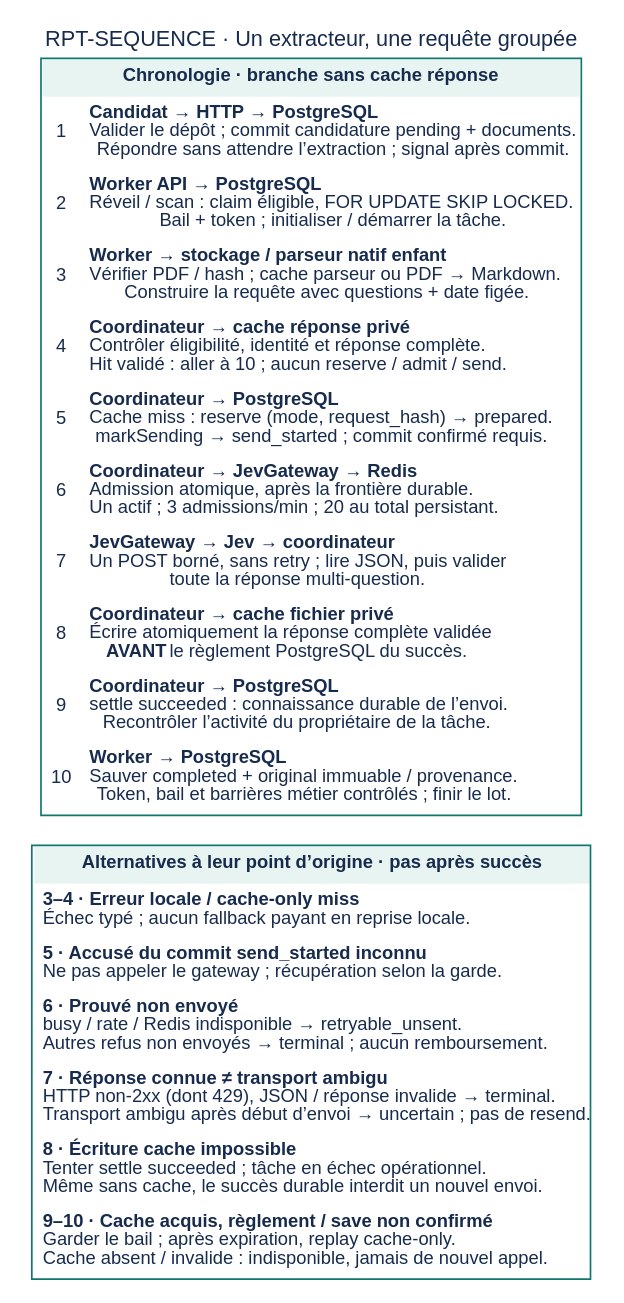
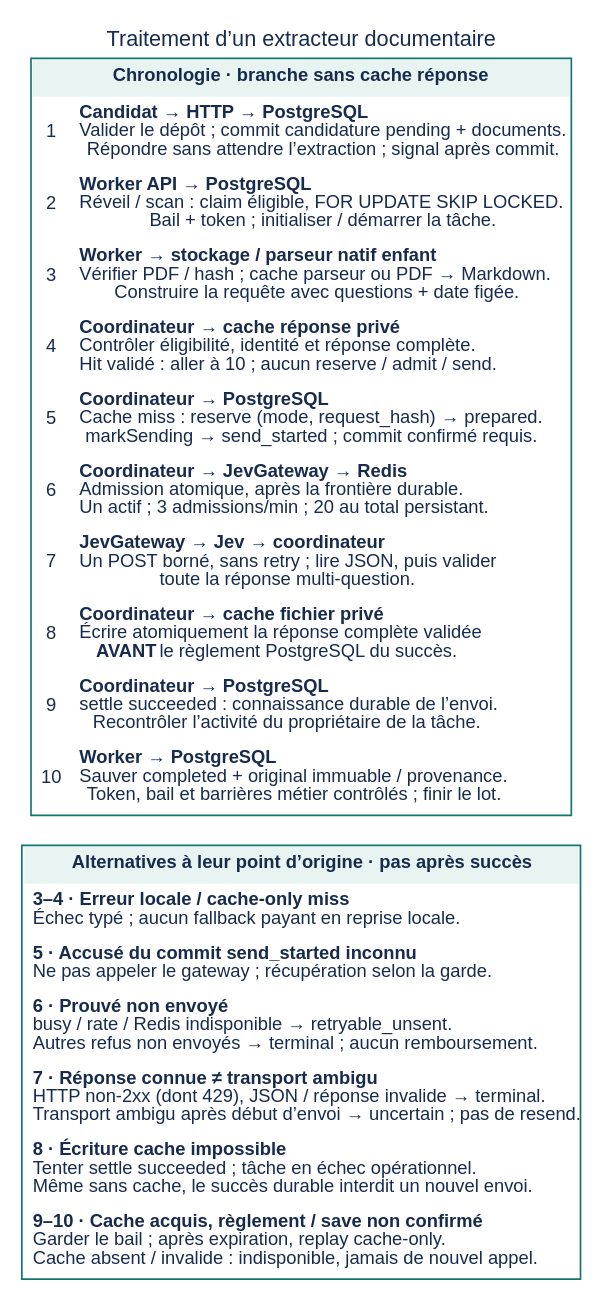
The diagram in presentation/report/diagrams/RPT-SEQUENCE.dot (abdelkarim-ayed/cap-recruitment), drawn with Graphviz before and after one commit. The commit also changed 48 other files, not shown here.

```diff
--- a/presentation/report/diagrams/RPT-SEQUENCE.dot
+++ b/presentation/report/diagrams/RPT-SEQUENCE.dot
@@ -1,32 +1,32 @@
 // A deliberately tabular sequence: avoids six tiny A4 lifelines.
 // Alternatives refer to their own phase, never a post-success optional error.
 digraph Sequence {
   graph [rankdir=TB, bgcolor="white", pad=0.08, ranksep=0.25,
     fontname="Liberation Sans", fontsize=13, fontcolor="#172B4D",
-    label="RPT-SEQUENCE · Un extracteur, une requête groupée", labelloc=t];
+    label="Traitement d’un extracteur documentaire", labelloc=t];
   node [shape=plain, fontname="Liberation Sans", fontsize=11, fontcolor="#172B4D"];
   edge [style=invis];
   success [label=<<TABLE BORDER="1" COLOR="#0F766E" CELLBORDER="0" CELLSPACING="0" CELLPADDING="5">
     <TR><TD COLSPAN="2" BGCOLOR="#E8F4F1"><B>Chronologie · branche sans cache réponse</B></TD></TR>
     <TR><TD>1</TD><TD ALIGN="LEFT"><B>Candidat → HTTP → PostgreSQL</B><BR ALIGN="LEFT"/>Valider le dépôt ; commit candidature pending + documents.<BR ALIGN="LEFT"/>Répondre sans attendre l’extraction ; signal après commit.</TD></TR>
     <TR><TD>2</TD><TD ALIGN="LEFT"><B>Worker API → PostgreSQL</B><BR ALIGN="LEFT"/>Réveil / scan : claim éligible, FOR UPDATE SKIP LOCKED.<BR ALIGN="LEFT"/>Bail + token ; initialiser / démarrer la tâche.</TD></TR>
     <TR><TD>3</TD><TD ALIGN="LEFT"><B>Worker → stockage / parseur natif enfant</B><BR ALIGN="LEFT"/>Vérifier PDF / hash ; cache parseur ou PDF → Markdown.<BR ALIGN="LEFT"/>Construire la requête avec questions + date figée.</TD></TR>
     <TR><TD>4</TD><TD ALIGN="LEFT"><B>Coordinateur → cache réponse privé</B><BR ALIGN="LEFT"/>Contrôler éligibilité, identité et réponse complète.<BR ALIGN="LEFT"/>Hit validé : aller à 10 ; aucun reserve / admit / send.</TD></TR>
     <TR><TD>5</TD><TD ALIGN="LEFT"><B>Coordinateur → PostgreSQL</B><BR ALIGN="LEFT"/>Cache miss : reserve (mode, request_hash) → prepared.<BR ALIGN="LEFT"/>markSending → send_started ; commit confirmé requis.</TD></TR>
     <TR><TD>6</TD><TD ALIGN="LEFT"><B>Coordinateur → JevGateway → Redis</B><BR ALIGN="LEFT"/>Admission atomique, après la frontière durable.<BR ALIGN="LEFT"/>Un actif ; 3 admissions/min ; 20 au total persistant.</TD></TR>
     <TR><TD>7</TD><TD ALIGN="LEFT"><B>JevGateway → Jev → coordinateur</B><BR ALIGN="LEFT"/>Un POST borné, sans retry ; lire JSON, puis valider<BR ALIGN="LEFT"/>toute la réponse multi-question.</TD></TR>
     <TR><TD>8</TD><TD ALIGN="LEFT"><B>Coordinateur → cache fichier privé</B><BR ALIGN="LEFT"/>Écrire atomiquement la réponse complète validée<BR ALIGN="LEFT"/><B>AVANT</B> le règlement PostgreSQL du succès.</TD></TR>
     <TR><TD>9</TD><TD ALIGN="LEFT"><B>Coordinateur → PostgreSQL</B><BR ALIGN="LEFT"/>settle succeeded : connaissance durable de l’envoi.<BR ALIGN="LEFT"/>Recontrôler l’activité du propriétaire de la tâche.</TD></TR>
     <TR><TD>10</TD><TD ALIGN="LEFT"><B>Worker → PostgreSQL</B><BR ALIGN="LEFT"/>Sauver completed + original immuable / provenance.<BR ALIGN="LEFT"/>Token, bail et barrières métier contrôlés ; finir le lot.</TD></TR>
   </TABLE>>];
   branches [label=<<TABLE BORDER="1" COLOR="#0F766E" CELLBORDER="0" CELLSPACING="0" CELLPADDING="5">
     <TR><TD BGCOLOR="#E8F4F1"><B>Alternatives à leur point d’origine · pas après succès</B></TD></TR>
     <TR><TD ALIGN="LEFT"><B>3–4 · Erreur locale / cache-only miss</B><BR ALIGN="LEFT"/>Échec typé ; aucun fallback payant en reprise locale.</TD></TR>
     <TR><TD ALIGN="LEFT"><B>5 · Accusé du commit send_started inconnu</B><BR ALIGN="LEFT"/>Ne pas appeler le gateway ; récupération selon la garde.</TD></TR>
     <TR><TD ALIGN="LEFT"><B>6 · Prouvé non envoyé</B><BR ALIGN="LEFT"/>busy / rate / Redis indisponible → retryable_unsent.<BR ALIGN="LEFT"/>Autres refus non envoyés → terminal ; aucun remboursement.</TD></TR>
     <TR><TD ALIGN="LEFT"><B>7 · Réponse connue ≠ transport ambigu</B><BR ALIGN="LEFT"/>HTTP non-2xx (dont 429), JSON / réponse invalide → terminal.<BR ALIGN="LEFT"/>Transport ambigu après début d’envoi → uncertain ; pas de resend.</TD></TR>
     <TR><TD ALIGN="LEFT"><B>8 · Écriture cache impossible</B><BR ALIGN="LEFT"/>Tenter settle succeeded ; tâche en échec opérationnel.<BR ALIGN="LEFT"/>Même sans cache, le succès durable interdit un nouvel envoi.</TD></TR>
     <TR><TD ALIGN="LEFT"><B>9–10 · Cache acquis, règlement / save non confirmé</B><BR ALIGN="LEFT"/>Garder le bail ; après expiration, replay cache-only.<BR ALIGN="LEFT"/>Cache absent / invalide : indisponible, jamais de nouvel appel.</TD></TR>
   </TABLE>>];
   success -> branches;
 }
```
